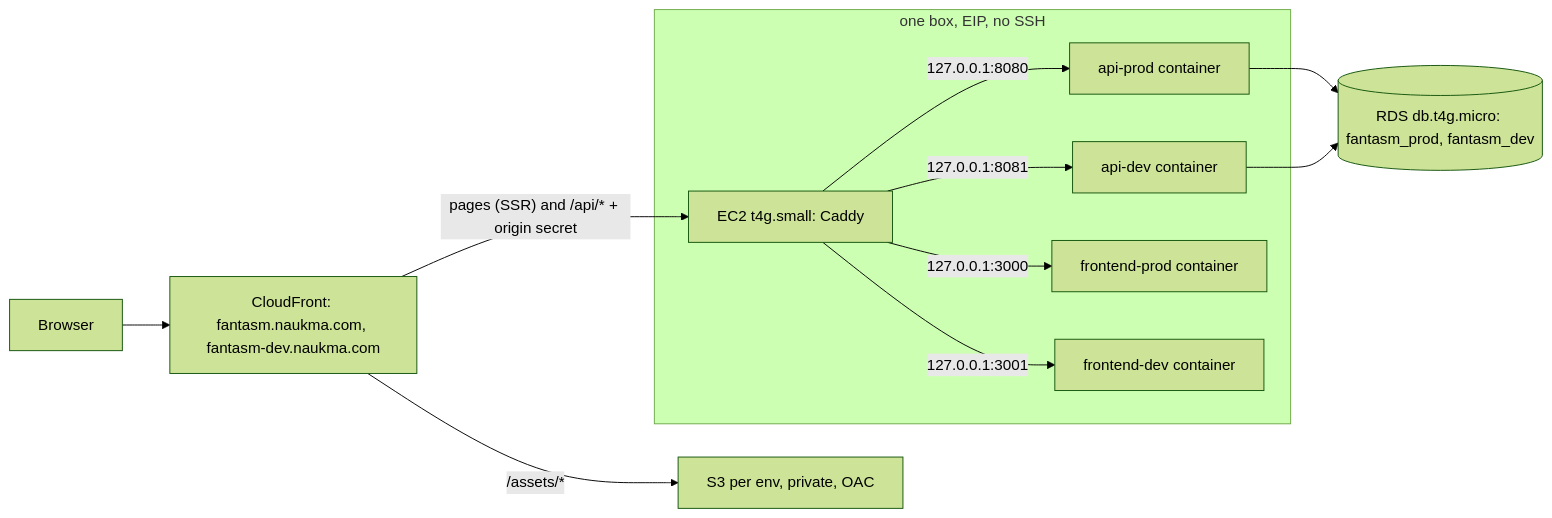
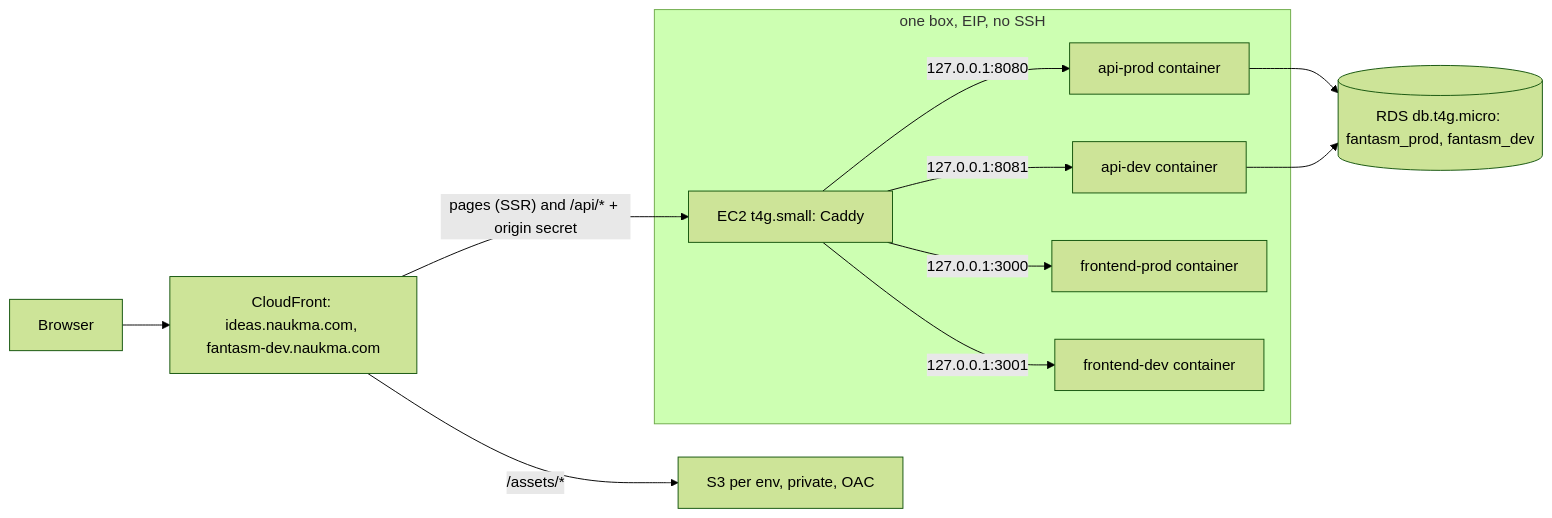
The diagram in infra/terraform/README.md (LitvinchukRoman/fantasm), drawn with Mermaid (forest theme) before and after one commit. The commit also changed other lines of this file and 154 other files, not shown here.

Commit message:
infra: move prod to ideas.naukma.com, 301 fantasm.naukma.com, drop legacy/ (#38)

````diff
--- a/infra/terraform/README.md
+++ b/infra/terraform/README.md
@@ -14,14 +14,14 @@
 ```mermaid
 flowchart LR
-  user[Browser] --> cf["CloudFront: fantasm.naukma.com, fantasm-dev.naukma.com"]
+  user[Browser] --> cf["CloudFront: ideas.naukma.com, fantasm-dev.naukma.com"]
   cf -->|"/assets/*"| s3["S3 per env, private, OAC"]
   cf -->|"pages (SSR) and /api/* + origin secret"| caddy["EC2 t4g.small: Caddy"]
   subgraph ec2 [one box, EIP, no SSH]
     caddy -->|"127.0.0.1:8080"| apiProd["api-prod container"]
     caddy -->|"127.0.0.1:8081"| apiDev["api-dev container"]
     caddy -->|"127.0.0.1:3000"| feProd["frontend-prod container"]
     caddy -->|"127.0.0.1:3001"| feDev["frontend-dev container"]
   end
   apiProd --> rds[("RDS db.t4g.micro: fantasm_prod, fantasm_dev")]
   apiDev --> rds
 ```
````
